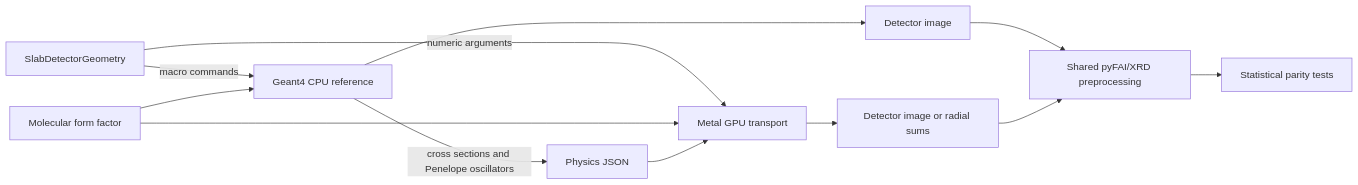
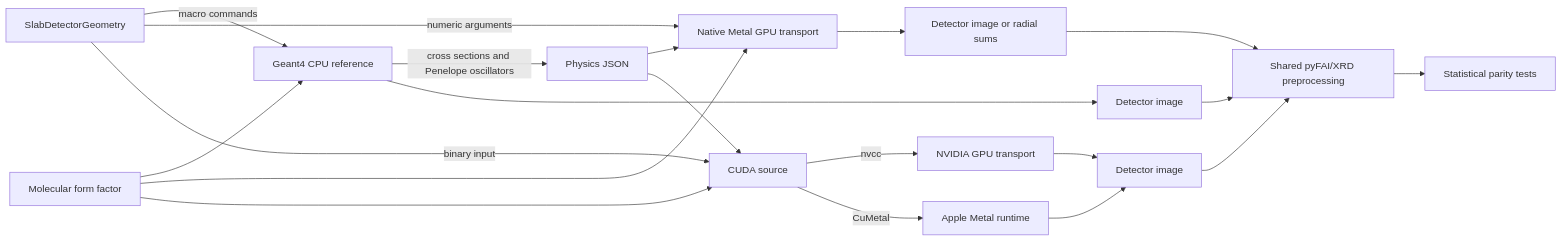
One commit to Saldenisov/xrd-metal-transport changed the diagram in docs/ARCHITECTURE.md. Above: the diagram before and after it, drawn with Mermaid. The commit also changed other lines of this file and 21 other files, not shown here.

Commit message:
Add portable CUDA transport backend

````diff
--- a/docs/ARCHITECTURE.md
+++ b/docs/ARCHITECTURE.md
@@ -10,14 +11,22 @@
 ```mermaid
 flowchart LR
     G[SlabDetectorGeometry] -->|macro commands| C[Geant4 CPU reference]
-    G -->|numeric arguments| M[Metal GPU transport]
+    G -->|numeric arguments| M[Native Metal GPU transport]
+    G -->|binary input| U[CUDA source]
+    U -->|nvcc| N[NVIDIA GPU transport]
+    U -->|CuMetal| A[Apple Metal runtime]
     C -->|cross sections and Penelope oscillators| J[Physics JSON]
     F[Molecular form factor] --> C
     F --> M
+    F --> U
     J --> M
+    J --> U
     C --> I[Detector image]
     M --> I2[Detector image or radial sums]
+    N --> I3[Detector image]
+    A --> I3
     I --> P[Shared pyFAI/XRD preprocessing]
     I2 --> P
+    I3 --> P
     P --> V[Statistical parity tests]
 ```
````
